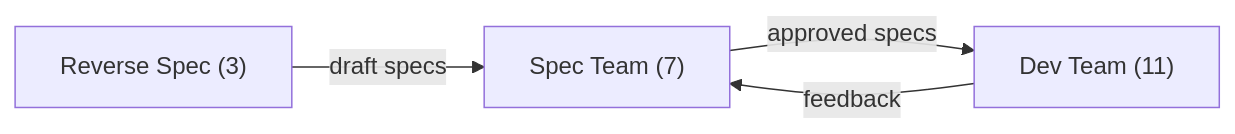
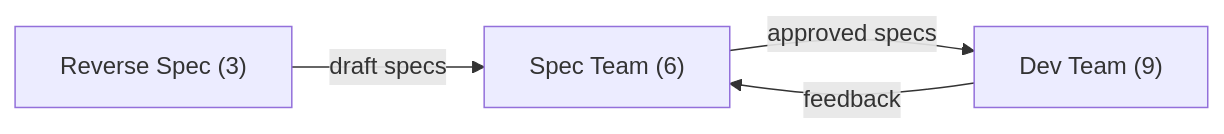
Before and after one commit to zig999/siegard-code: the diagram in docs-en/04-teams/README.md, drawn with Mermaid. The commit also changed other lines of this file and 3 other files, not shown here.

````diff
--- a/docs-en/04-teams/README.md
+++ b/docs-en/04-teams/README.md
@@ -7,6 +7,6 @@
 ```mermaid
 graph LR
-    RSPEC["Reverse Spec (3)"] -->|draft specs| SPEC["Spec Team (7)"]
-    SPEC -->|approved specs| DEV["Dev Team (11)"]
+    RSPEC["Reverse Spec (3)"] -->|draft specs| SPEC["Spec Team (6)"]
+    SPEC -->|approved specs| DEV["Dev Team (9)"]
     DEV -->|feedback| SPEC
 ```
````
